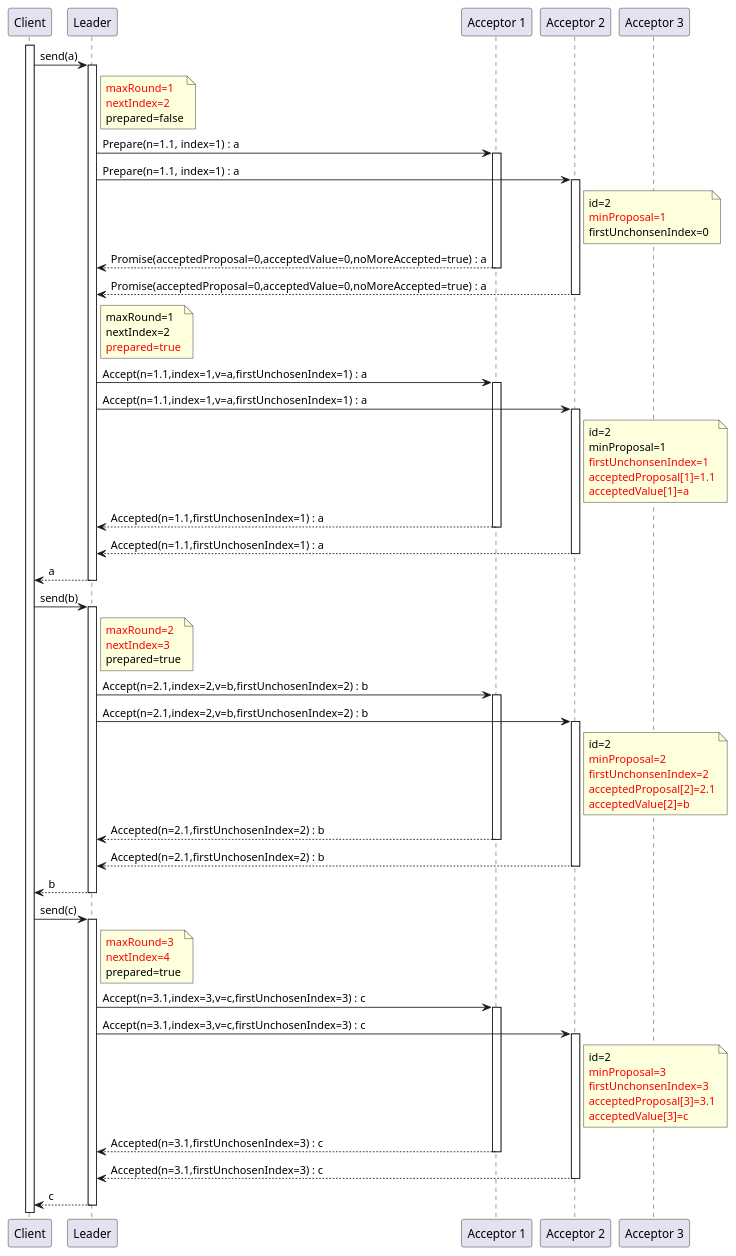
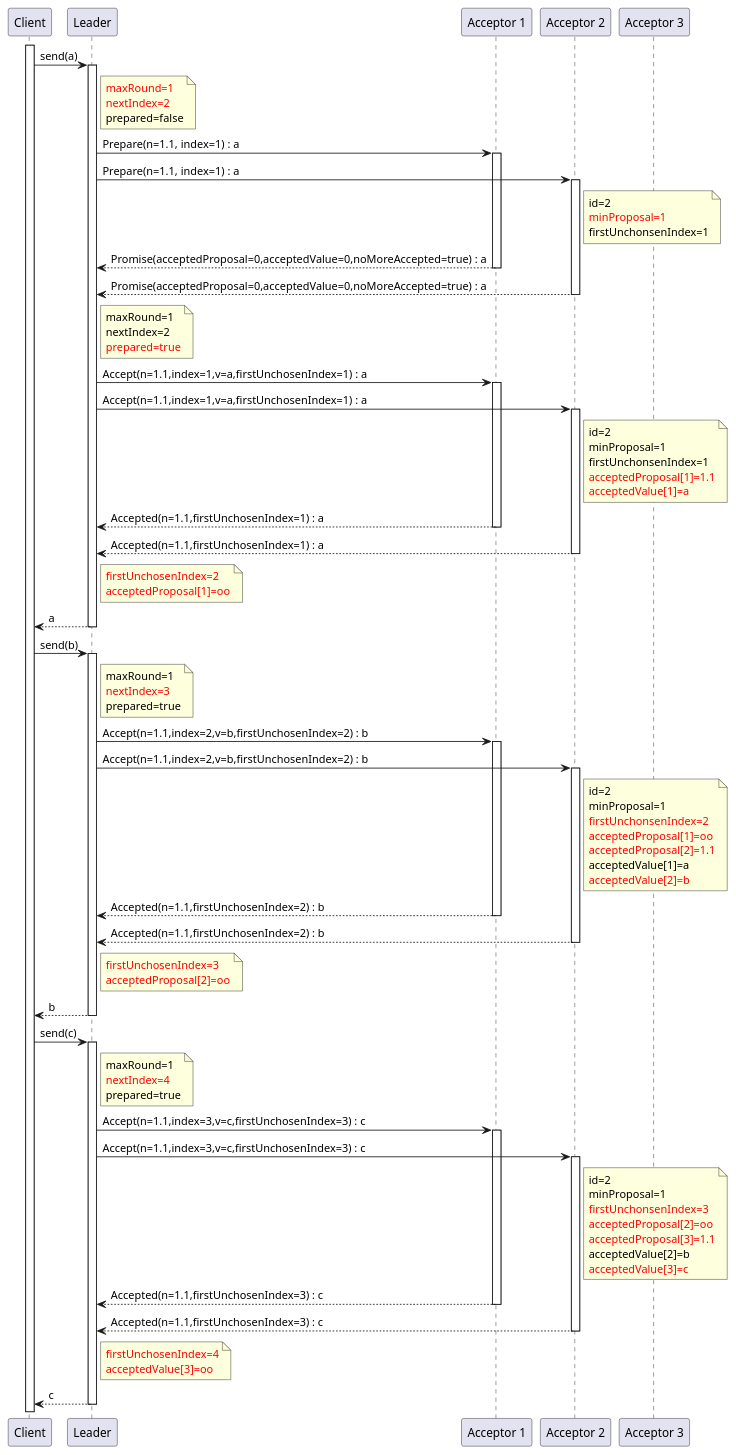
The first of 4 diagrams in src/pages/posts/distribution-paxos-multi.adoc (nocnob/notfound), drawn with PlantUML before and after one commit. The commit also changed other lines of this file and 3 other files, not shown here.

```diff
--- a/src/pages/posts/distribution-paxos-multi.adoc
+++ b/src/pages/posts/distribution-paxos-multi.adoc
@@ -37,7 +37,7 @@
     note right a2
         id=2
         <font color=red>minProposal=1
-        firstUnchonsenIndex=0
+        firstUnchonsenIndex=1
     end note
 
     l <-- a1 : Promise(acceptedProposal=0,acceptedValue=0,noMoreAccepted=true) : a
@@ -57,7 +57,7 @@
     note right a2
         id=2
         minProposal=1
-        <font color=red>firstUnchonsenIndex=1
+        firstUnchonsenIndex=1
         <font color=red>acceptedProposal[1]=1.1
         <font color=red>acceptedValue[1]=a
     end note
@@ -65,56 +65,72 @@
     deactivate a1
     l <-- a2 : Accepted(n=1.1,firstUnchosenIndex=1) : a
     deactivate a2
+note right l
+    <font color=red>firstUnchosenIndex=2
+    <font color=red>acceptedProposal[1]=oo
+end note
 c <-- l : a
 deactivate l
 
 c -> l : send(b)
 activate l
 note right l
-    <font color=red>maxRound=2
+    maxRound=1
     <font color=red>nextIndex=3
     prepared=true
 end note
-    l -> a1 : Accept(n=2.1,index=2,v=b,firstUnchosenIndex=2) : b
+    l -> a1 : Accept(n=1.1,index=2,v=b,firstUnchosenIndex=2) : b
     activate a1
-    l -> a2 : Accept(n=2.1,index=2,v=b,firstUnchosenIndex=2) : b
+    l -> a2 : Accept(n=1.1,index=2,v=b,firstUnchosenIndex=2) : b
     activate a2
     note right a2
         id=2
-        <font color=red>minProposal=2
+        minProposal=1
         <font color=red>firstUnchonsenIndex=2
-        <font color=red>acceptedProposal[2]=2.1
+        <font color=red>acceptedProposal[1]=oo
+        <font color=red>acceptedProposal[2]=1.1
+        acceptedValue[1]=a
         <font color=red>acceptedValue[2]=b
     end note
-    l <-- a1 : Accepted(n=2.1,firstUnchosenIndex=2) : b
+    l <-- a1 : Accepted(n=1.1,firstUnchosenIndex=2) : b
     deactivate a1
-    l <-- a2 : Accepted(n=2.1,firstUnchosenIndex=2) : b
+    l <-- a2 : Accepted(n=1.1,firstUnchosenIndex=2) : b
     deactivate a2
+note right l
+    <font color=red>firstUnchosenIndex=3
+    <font color=red>acceptedProposal[2]=oo
+end note
 c <-- l : b
 deactivate l
 
 c -> l : send(c)
 activate l
 note right l
-    <font color=red>maxRound=3
+    maxRound=1
     <font color=red>nextIndex=4
     prepared=true
 end note
-    l -> a1 : Accept(n=3.1,index=3,v=c,firstUnchosenIndex=3) : c
+    l -> a1 : Accept(n=1.1,index=3,v=c,firstUnchosenIndex=3) : c
     activate a1
-    l -> a2 : Accept(n=3.1,index=3,v=c,firstUnchosenIndex=3) : c
+    l -> a2 : Accept(n=1.1,index=3,v=c,firstUnchosenIndex=3) : c
     activate a2
     note right a2
         id=2
-        <font color=red>minProposal=3
+        minProposal=1
         <font color=red>firstUnchonsenIndex=3
-        <font color=red>acceptedProposal[3]=3.1
+        <font color=red>acceptedProposal[2]=oo
+        <font color=red>acceptedProposal[3]=1.1
+        acceptedValue[2]=b
         <font color=red>acceptedValue[3]=c
     end note
-    l <-- a1 : Accepted(n=3.1,firstUnchosenIndex=3) : c
+    l <-- a1 : Accepted(n=1.1,firstUnchosenIndex=3) : c
     deactivate a1
-    l <-- a2 : Accepted(n=3.1,firstUnchosenIndex=3) : c
+    l <-- a2 : Accepted(n=1.1,firstUnchosenIndex=3) : c
     deactivate a2
+note right l
+    <font color=red>firstUnchosenIndex=4
+    <font color=red>acceptedValue[3]=oo
+end note
 c <-- l : c
 deactivate l
 @enduml
```
